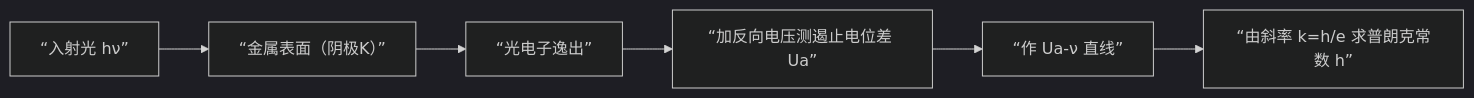
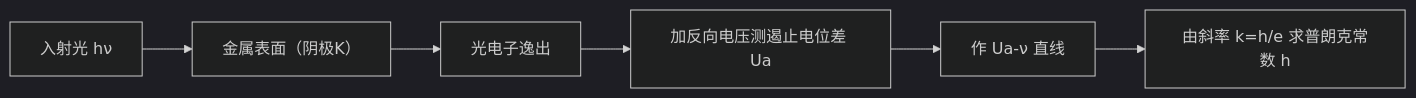
Before and after one commit to LiuandXu/physics-experiment-wiki: the diagram in docs/01-光电效应测普朗克常数.md, drawn with Mermaid (dark theme). The commit also changed other lines of this file and 8 other files, not shown here.

````diff
--- a/docs/01-光电效应测普朗克常数.md
+++ b/docs/01-光电效应测普朗克常数.md
@@ -105,8 +105,8 @@
 ```mermaid
 flowchart LR
-    A[“入射光 hν”] --> B[“金属表面（阴极K）”]
-    B --> C[“光电子逸出”]
-    C --> D[“加反向电压测遏止电位差 Ua”]
-    D --> E[“作 Ua-ν 直线”]
-    E --> F[“由斜率 k=h/e 求普朗克常数 h”]
+    A["入射光 hν"] --> B["金属表面（阴极K）"]
+    B --> C["光电子逸出"]
+    C --> D["加反向电压测遏止电位差 Ua"]
+    D --> E["作 Ua-ν 直线"]
+    E --> F["由斜率 k=h/e 求普朗克常数 h"]
 ```
````
